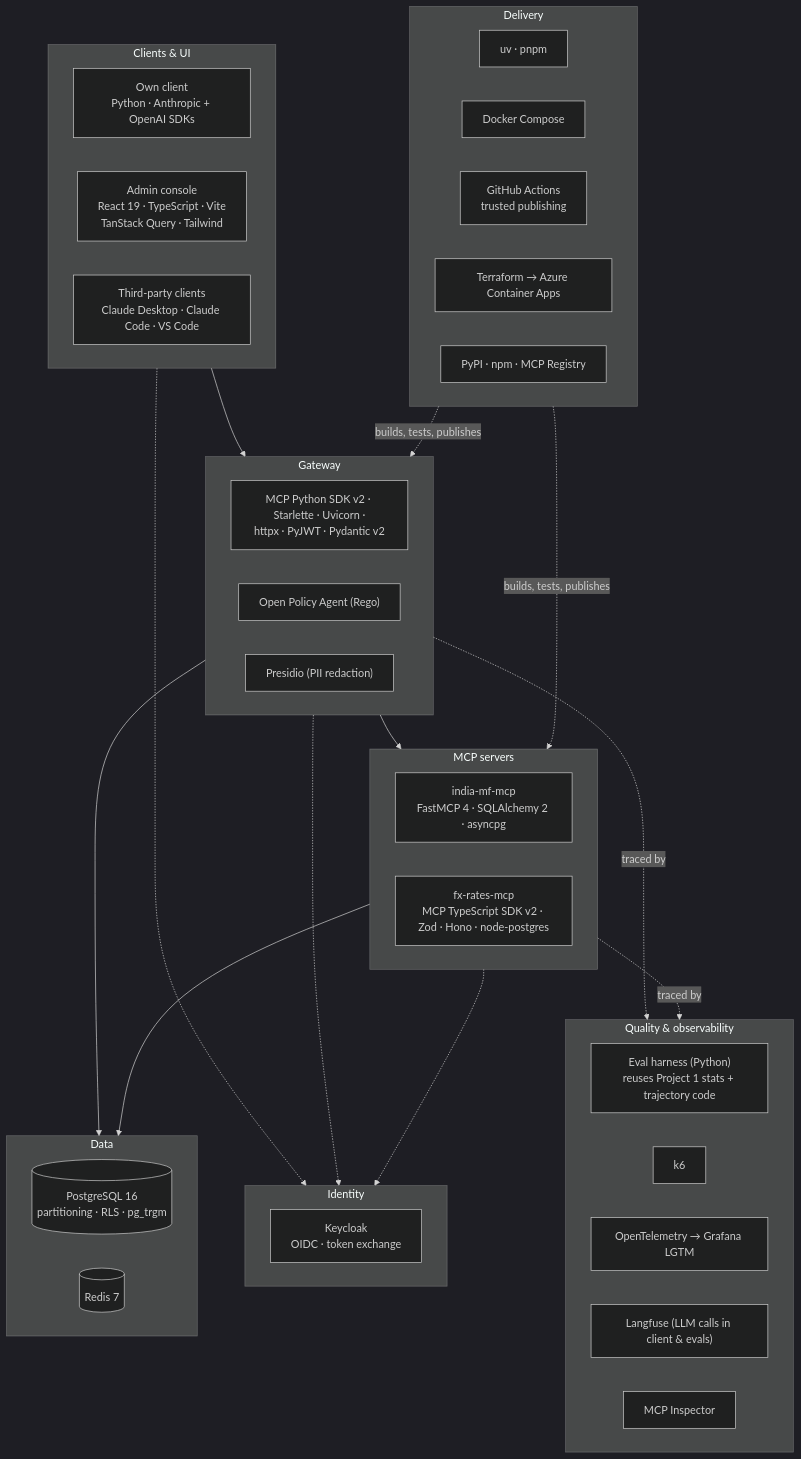
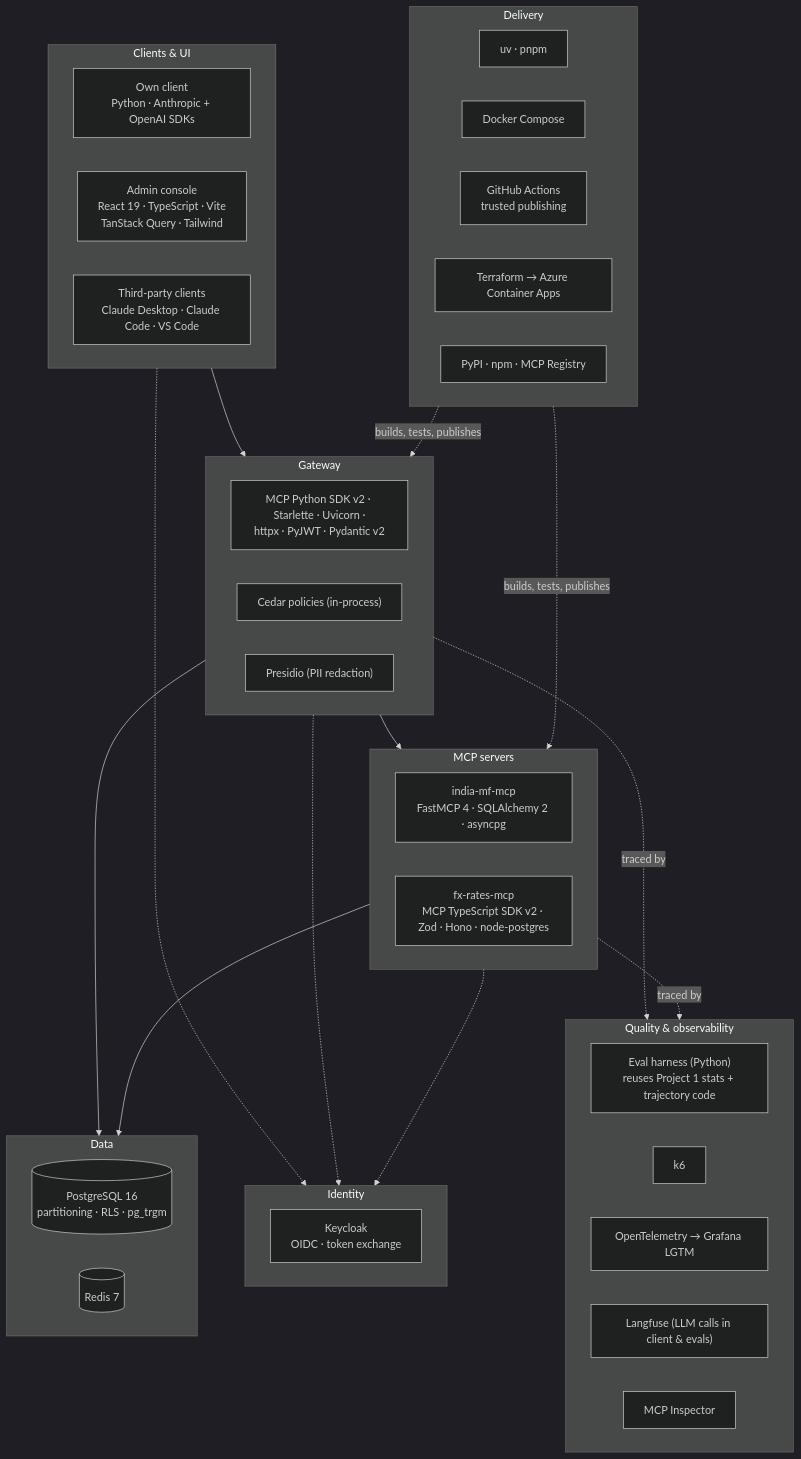
Before and after one commit to pRiMeXoMeGa/AI-Learning-Projects: the diagram in projects/02-mcp-hub/docs/08-tech-stack.md, drawn with Mermaid (dark theme). The commit also changed other lines of this file and 31 other files, not shown here.

````diff
--- a/projects/02-mcp-hub/docs/08-tech-stack.md
+++ b/projects/02-mcp-hub/docs/08-tech-stack.md
@@ -25,43 +25,43 @@
 ```mermaid
 flowchart TB
     subgraph L1["Clients & UI"]
         OC["Own client<br/>Python · Anthropic + OpenAI SDKs"]
         CON["Admin console<br/>React 19 · TypeScript · Vite<br/>TanStack Query · Tailwind"]
         TPC["Third-party clients<br/>Claude Desktop · Claude Code · VS Code"]
     end
     subgraph L2["Gateway"]
         GW["MCP Python SDK v2 · Starlette · Uvicorn ·<br/>httpx · PyJWT · Pydantic v2"]
-        OPA["Open Policy Agent (Rego)"]
+        CED["Cedar policies (in-process)"]
         PII["Presidio (PII redaction)"]
     end
     subgraph L3["MCP servers"]
         MF["india-mf-mcp<br/>FastMCP 4 · SQLAlchemy 2 · asyncpg"]
         FX["fx-rates-mcp<br/>MCP TypeScript SDK v2 · Zod · Hono · node-postgres"]
     end
     subgraph L4["Identity"]
         KC["Keycloak<br/>OIDC · token exchange"]
     end
     subgraph L5["Data"]
         PG[("PostgreSQL 16<br/>partitioning · RLS · pg_trgm")]
         RD[("Redis 7")]
     end
     subgraph L6["Quality & observability"]
         EV["Eval harness (Python)<br/>reuses Project 1 stats + trajectory code"]
         K6["k6"]
         LGTM["OpenTelemetry → Grafana LGTM"]
         LF["Langfuse (LLM calls in client & evals)"]
         INS["MCP Inspector"]
     end
     subgraph L7["Delivery"]
         UV["uv · pnpm"]
         DK["Docker Compose"]
         GA["GitHub Actions<br/>trusted publishing"]
         TF["Terraform → Azure Container Apps"]
         PUB["PyPI · npm · MCP Registry"]
     end
     L1 --> L2 --> L3
     L2 & L3 --> L5
     L1 & L2 & L3 -.-> L4
     L2 & L3 -. traced by .-> L6
     L7 -. builds, tests, publishes .-> L2 & L3
 ```
````
